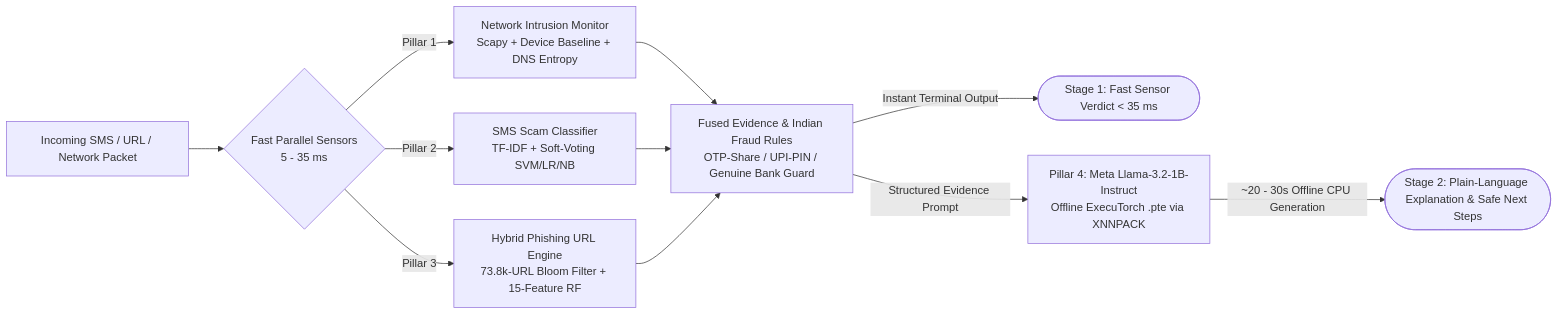
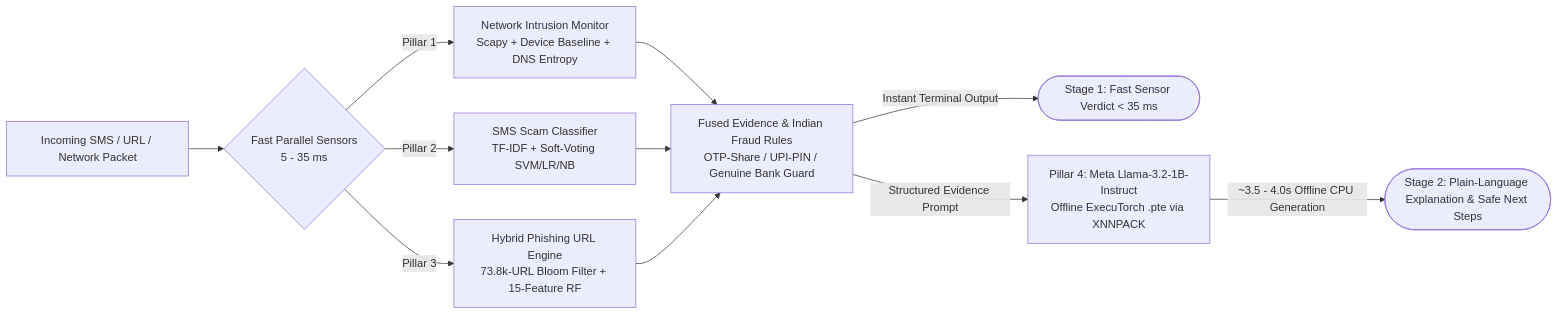
Before and after one commit to VamshikrishnaBidari/AEGIS-EDGE: the diagram in README.md, drawn with Mermaid. The commit also changed other lines of this file and 9 other files, not shown here.

````diff
--- a/README.md
+++ b/README.md
@@ -17,13 +17,13 @@
 ```mermaid
 flowchart LR
     A[Incoming SMS / URL / Network Packet] --> B{Fast Parallel Sensors\n5 - 35 ms}
     B -->|Pillar 1| C[Network Intrusion Monitor\nScapy + Device Baseline + DNS Entropy]
     B -->|Pillar 2| D[SMS Scam Classifier\nTF-IDF + Soft-Voting SVM/LR/NB]
     B -->|Pillar 3| E[Hybrid Phishing URL Engine\n73.8k-URL Bloom Filter + 15-Feature RF]
     C --> F[Fused Evidence & Indian Fraud Rules\nOTP-Share / UPI-PIN / Genuine Bank Guard]
     D --> F
     E --> F
     F -->|Instant Terminal Output| G([Stage 1: Fast Sensor Verdict < 35 ms])
     F -->|Structured Evidence Prompt| H[Pillar 4: Meta Llama-3.2-1B-Instruct\nOffline ExecuTorch .pte via XNNPACK]
-    H -->|~20 - 30s Offline CPU Generation| I([Stage 2: Plain-Language Explanation & Safe Next Steps])
+    H -->|~3.5 - 4.0s Offline CPU Generation| I([Stage 2: Plain-Language Explanation & Safe Next Steps])
 ```
````
